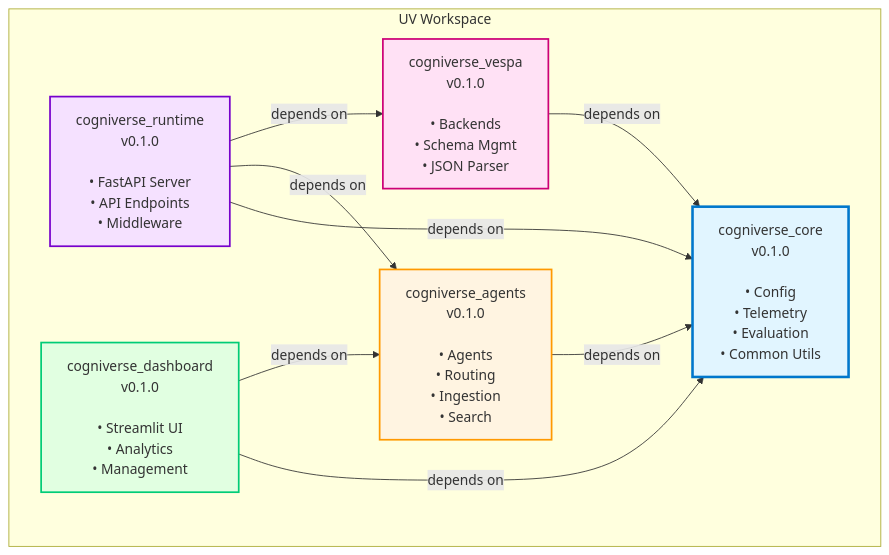
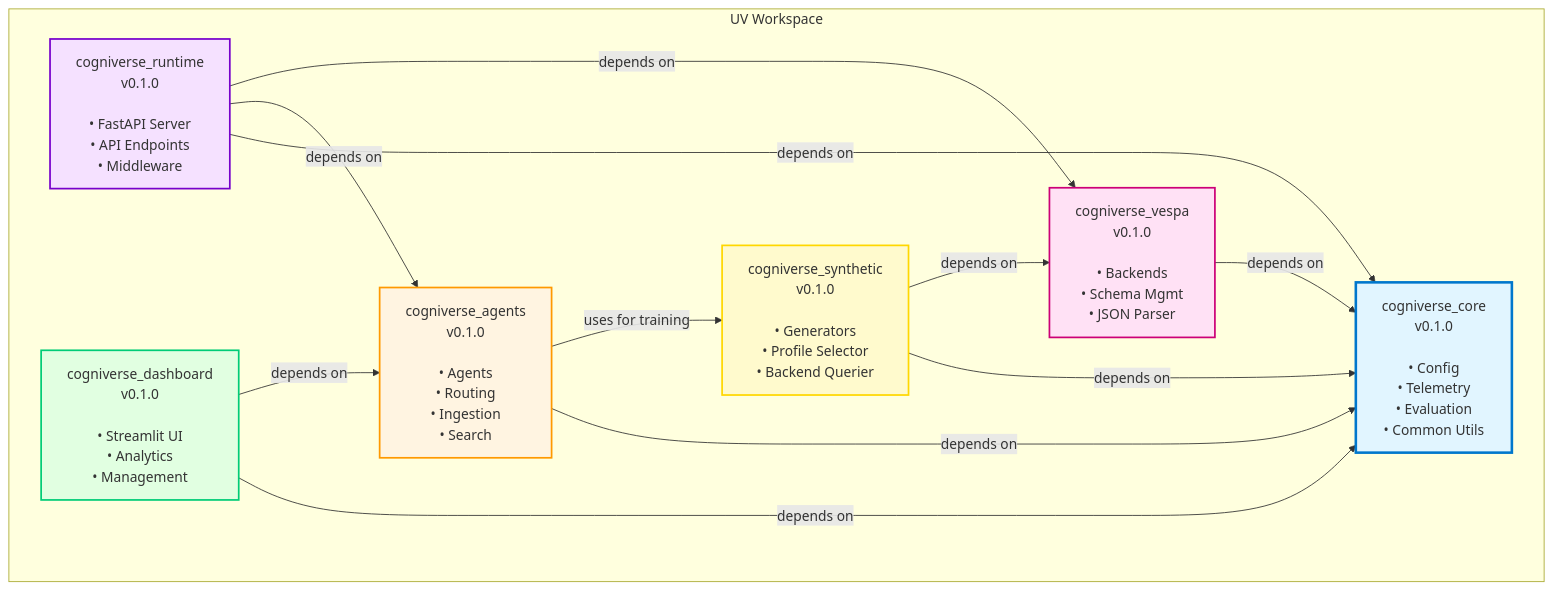
Before and after one commit to amit-jain/cogniverse: the first of 15 diagrams in docs/diagrams/sdk-architecture-diagrams.md, drawn with Mermaid. The commit also changed other lines of this file and 42 other files, not shown here.

````diff
--- a/docs/diagrams/sdk-architecture-diagrams.md
+++ b/docs/diagrams/sdk-architecture-diagrams.md
@@ -21,24 +21,29 @@
 ```mermaid
 graph TB
     subgraph "UV Workspace"
         Core[cogniverse_core<br/>v0.1.0<br/><br/>• Config<br/>• Telemetry<br/>• Evaluation<br/>• Common Utils]
         Agents[cogniverse_agents<br/>v0.1.0<br/><br/>• Agents<br/>• Routing<br/>• Ingestion<br/>• Search]
         Vespa[cogniverse_vespa<br/>v0.1.0<br/><br/>• Backends<br/>• Schema Mgmt<br/>• JSON Parser]
+        Synthetic[cogniverse_synthetic<br/>v0.1.0<br/><br/>• Generators<br/>• Profile Selector<br/>• Backend Querier]
         Runtime[cogniverse_runtime<br/>v0.1.0<br/><br/>• FastAPI Server<br/>• API Endpoints<br/>• Middleware]
         Dashboard[cogniverse_dashboard<br/>v0.1.0<br/><br/>• Streamlit UI<br/>• Analytics<br/>• Management]
     end
 
     Agents -->|depends on| Core
     Vespa -->|depends on| Core
+    Synthetic -->|depends on| Core
+    Synthetic -->|depends on| Vespa
     Runtime -->|depends on| Core
     Runtime -->|depends on| Agents
     Runtime -->|depends on| Vespa
     Dashboard -->|depends on| Core
     Dashboard -->|depends on| Agents
+    Agents -->|uses for training| Synthetic
 
     style Core fill:#e1f5ff,stroke:#0077cc,stroke-width:3px
     style Agents fill:#fff4e1,stroke:#ff9900,stroke-width:2px
     style Vespa fill:#ffe1f5,stroke:#cc0077,stroke-width:2px
+    style Synthetic fill:#fffacd,stroke:#ffd700,stroke-width:2px
     style Runtime fill:#f5e1ff,stroke:#7700cc,stroke-width:2px
     style Dashboard fill:#e1ffe1,stroke:#00cc77,stroke-width:2px
 ```
````
